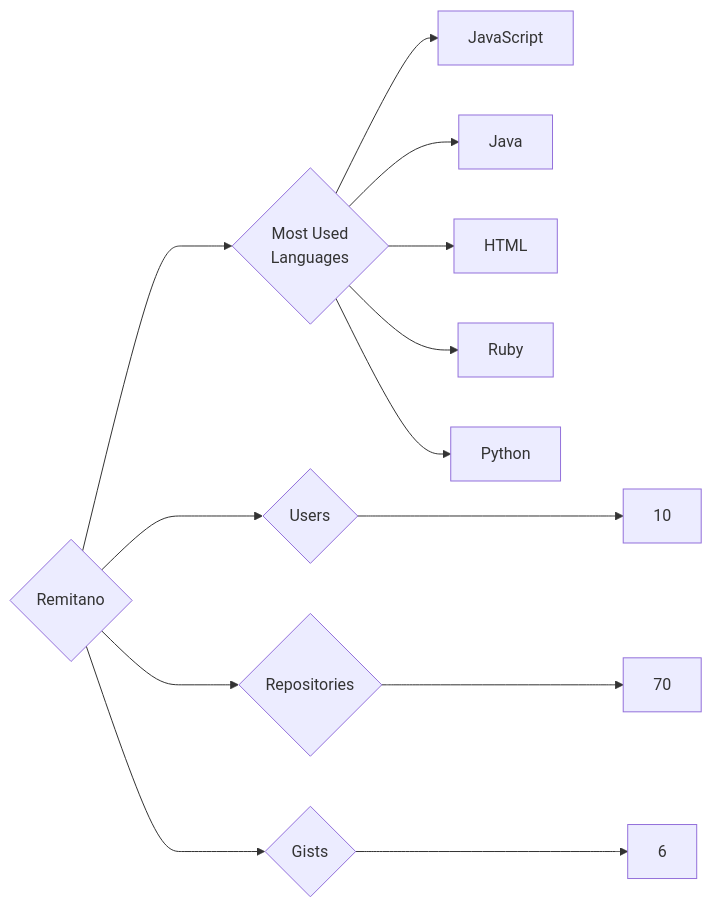
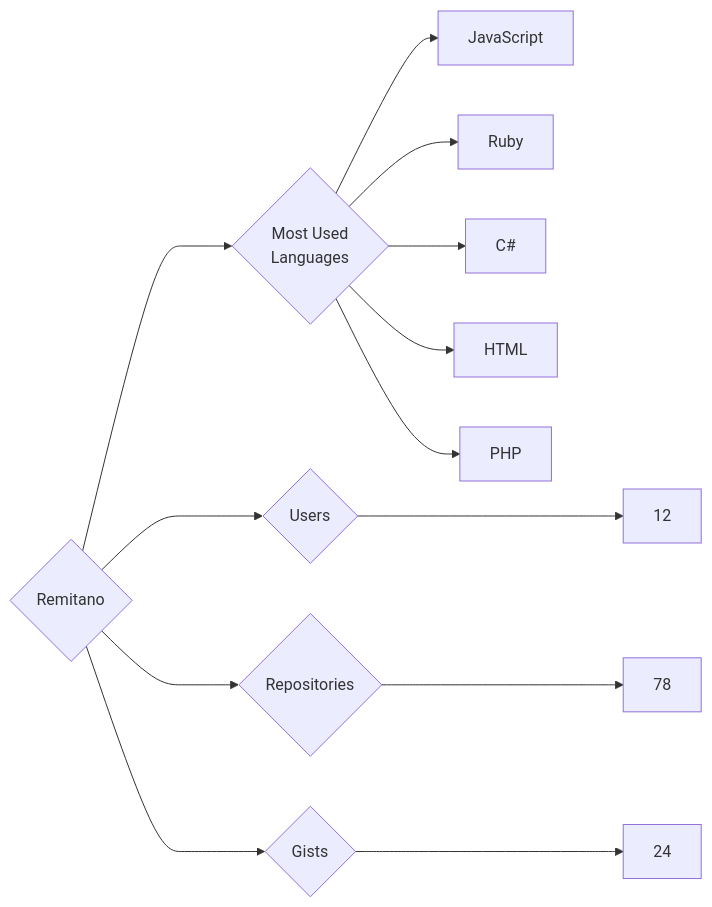
One commit to trickest/insiders changed the diagram in targets/Remitano/README.md. Above: the diagram before and after it, drawn with Mermaid. The commit also changed 964 other files, not shown here.

````diff
--- a/targets/Remitano/README.md
+++ b/targets/Remitano/README.md
@@ -3,13 +3,13 @@
 ```mermaid
 graph LR
 COMPANY_NAME{Remitano}
-COMPANY_NAME ---> U{Users} ---> UN[10]
-COMPANY_NAME ---> R{Repositories} ---> RN[70]
-COMPANY_NAME ---> G{Gists} ---> GN[6]
+COMPANY_NAME ---> U{Users} ---> UN[12]
+COMPANY_NAME ---> R{Repositories} ---> RN[78]
+COMPANY_NAME ---> G{Gists} ---> GN[24]
 COMPANY_NAME ---> ML{Most Used<br>Languages}
 ML --> JavaScript[JavaScript]
-ML --> Java[Java]
+ML --> Ruby[Ruby]
+ML --> C#[C#]
 ML --> HTML[HTML]
-ML --> Ruby[Ruby]
-ML --> Python[Python]
+ML --> PHP[PHP]
 ```
````
